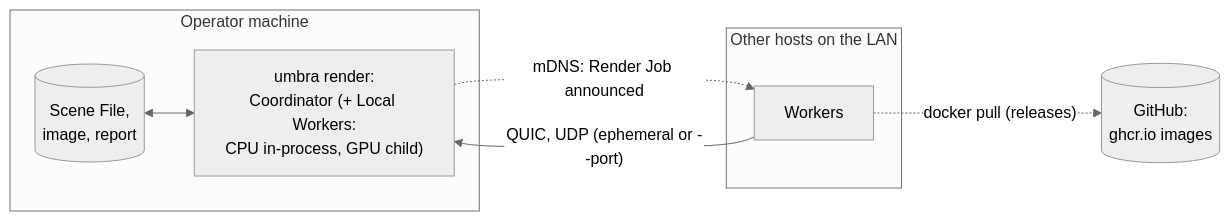
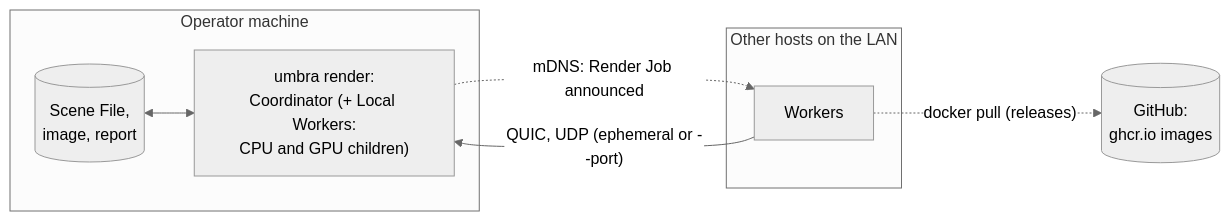
Before and after one commit to sergioffpc/umbra: the second of 2 diagrams in docs/architecture/03-context-and-scope.md, drawn with Mermaid (neutral theme). The commit also changed 32 other files, not shown here.

First line of the commit message:
feat!: run every local worker in a child process over quic

````diff
--- a/docs/architecture/03-context-and-scope.md
+++ b/docs/architecture/03-context-and-scope.md
@@ -30,15 +30,15 @@
 ```mermaid
 flowchart LR
     subgraph opm["Operator machine"]
         fs[("Scene File,<br/>image, report")]
-        coord["umbra render:<br/>Coordinator (+ Local Workers:<br/>CPU in-process, GPU child)"]
+        coord["umbra render:<br/>Coordinator (+ Local Workers:<br/>CPU and GPU children)"]
     end
     subgraph hosts["Other hosts on the LAN"]
         w["Workers"]
     end
     gh[("GitHub:<br/>ghcr.io images")]
     fs <--> coord
     coord -. "mDNS: Render Job announced" .-> w
     w -- "QUIC, UDP (ephemeral or --port)" --> coord
     w -. "docker pull (releases)" .-> gh
 ```
````
